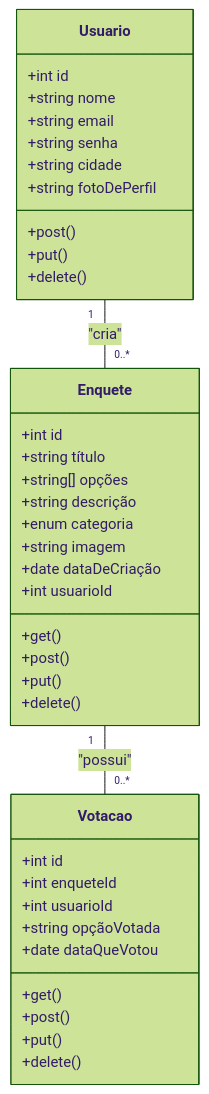
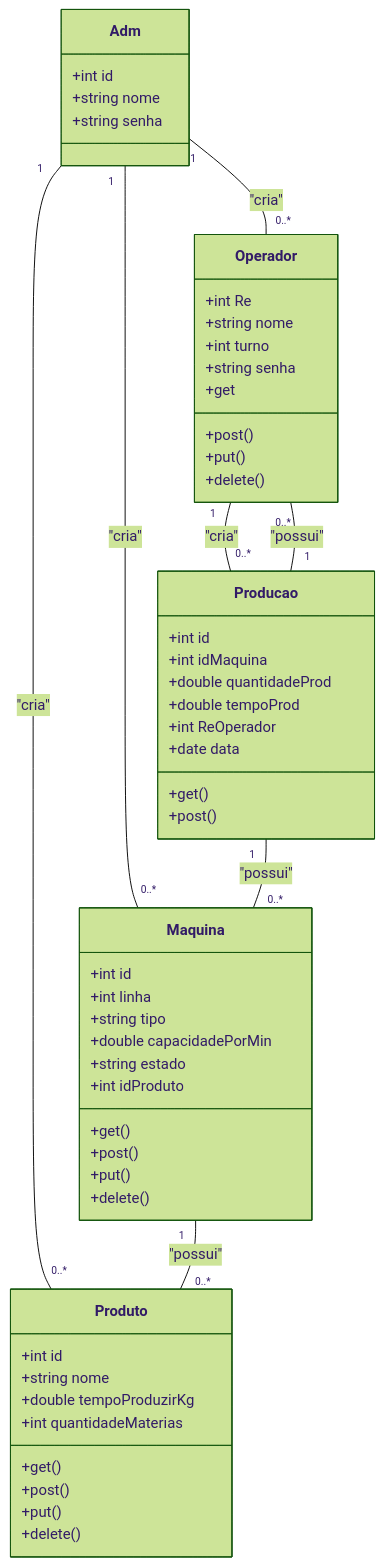
One commit to JoaovlLima/GestorDeProducao changed the first of 3 diagrams in README.md. Above: the diagram before and after it, drawn with Mermaid (forest theme). The commit also changed other lines of this file, not shown here.

````diff
--- a/README.md
+++ b/README.md
@@ -151,44 +140,61 @@
 ```mermaid
 classDiagram
-    class Usuario {
+    class Adm{
         +int id
         +string nome
-        +string email
         +string senha
-        +string cidade
-        +string fotoDePerfil
+    }
+    class Operador {
+        +int Re
+        +string nome
+        +int turno
+        +string senha
+        +get
         +post()
         +put()
         +delete()
     }
 
-    class Enquete {
+    class Maquina {
         +int id
-        +string título
-        +string[] opções
-        +string descrição
-        +enum categoria
-        +string imagem
-        +date dataDeCriação
-        +int usuarioId
+        +int linha
+        +string tipo
+        +double capacidadePorMin
+        +string estado
+        +int idProduto
         +get()
         +post()
         +put()
         +delete()
     }
 
-    class Votacao {
+    class Produto {
         +int id
-        +int enqueteId
-        +int usuarioId
-        +string opçãoVotada
-        +date dataQueVotou
+        +string nome
+        +double tempoProduzirKg
+        +int quantidadeMaterias
         +get()
         +post()
         +put()
         +delete()
     }
 
-    Usuario "1" -- "0..*" Enquete : "cria"
-    Enquete "1" -- "0..*" Votacao : "possui"
+    class Producao {
+        +int id
+        +int idMaquina 
+        +double quantidadeProd
+        +double tempoProd
+        +int ReOperador
+        +date data
+        +get()
+        +post()
+    }
+
+    Operador "1" -- "0..*" Producao : "cria"
+    Adm "1" -- "0..*" Operador : "cria"
+    Adm "1" -- "0..*" Maquina : "cria"
+    Adm "1" -- "0..*" Produto : "cria"
+    Producao "1" -- "0..*" Operador : "possui"
+    Producao "1" -- "0..*" Maquina : "possui"
+    Maquina "1" -- "0..*" Produto : "possui"
 ```
````
